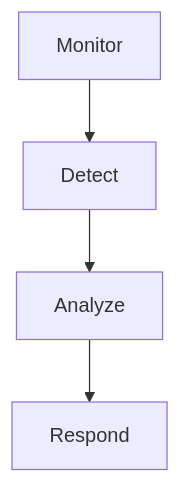
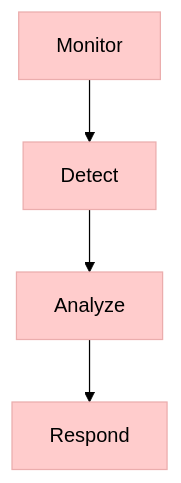
The third of 12 diagrams in 2-Security-Monitoring-SIEM-Fundamentals/README.md (manojxshrestha/SOC-Analyst-Cheatsheet), drawn with Mermaid before and after one commit. The commit also changed other lines of this file and 1 other file, not shown here.

````diff
--- a/2-Security-Monitoring-SIEM-Fundamentals/README.md
+++ b/2-Security-Monitoring-SIEM-Fundamentals/README.md
@@ -237,4 +240,5 @@
 ```mermaid
+%%{init: {'theme': 'base', 'themeVariables': { 'primaryColor': '#ffcccc', 'primaryTextColor': '#000', 'lineColor': '#000'}}}%%
 flowchart TB
     Monitor --> Detect --> Analyze --> Respond
 ```
````
